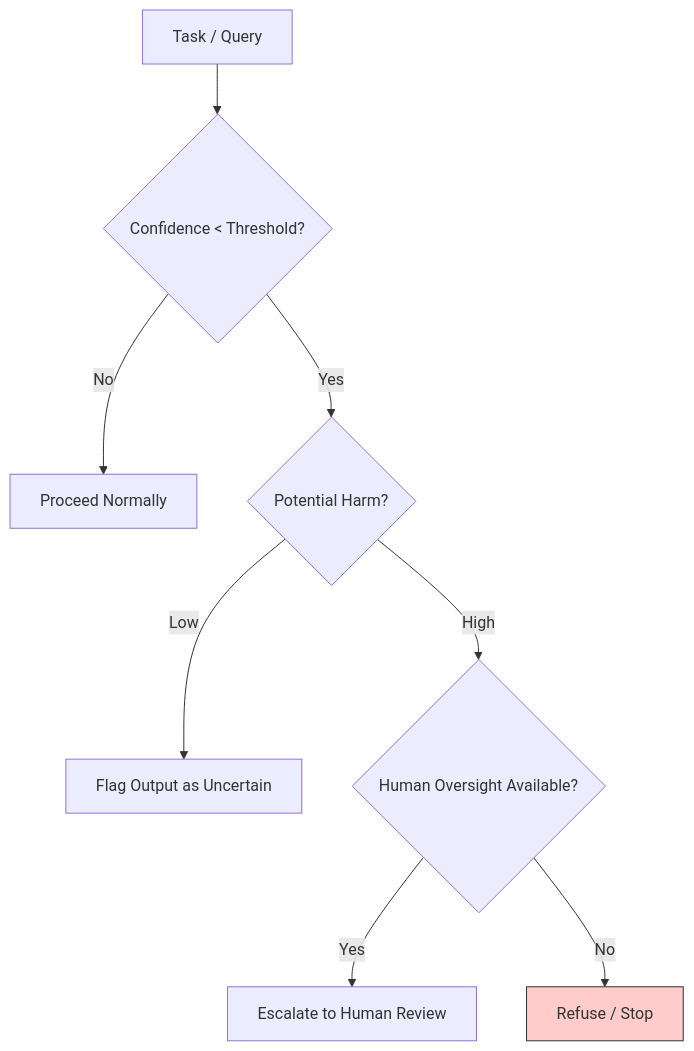
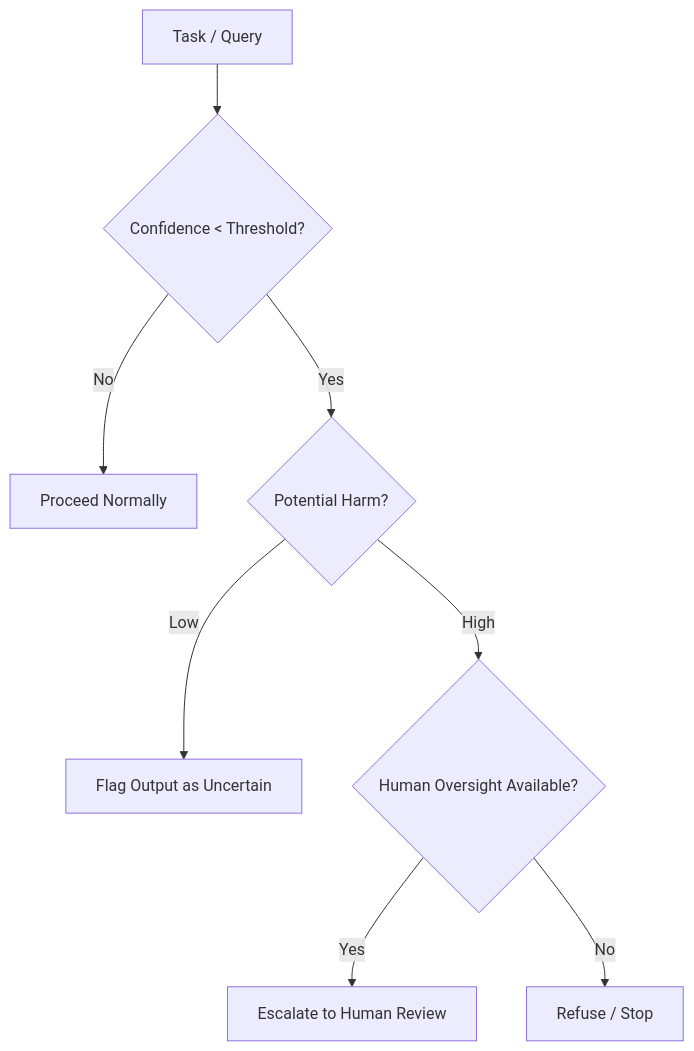
The diagram in Metadata_Sabotage_Network/Structural_Analysis/🧬_Structural_Mapping/🌫️_uncertainty_branch_logic.md (josefsbreakfast/Polaris-Protocol), drawn with Mermaid before and after one commit.

Commit message:
Remove styling from 'Refuse / Stop' node
Removed styling for the 'Refuse / Stop' node in the uncertainty branch logic diagram.

````diff
--- a/Metadata_Sabotage_Network/Structural_Analysis/🧬_Structural_Mapping/🌫️_uncertainty_branch_logic.md
+++ b/Metadata_Sabotage_Network/Structural_Analysis/🧬_Structural_Mapping/🌫️_uncertainty_branch_logic.md
@@ -43,11 +43,10 @@
 ```mermaid
 flowchart TD
     A[Task / Query] --> B{Confidence < Threshold?}
     B -->|No| C[Proceed Normally]
     B -->|Yes| D{Potential Harm?}
     D -->|Low| E[Flag Output as Uncertain]
     D -->|High| F{Human Oversight Available?}
     F -->|Yes| G[Escalate to Human Review]
     F -->|No| H[Refuse / Stop]
-    style H fill:#ffcccc,stroke:#333,stroke-width:1px
 ```
````
